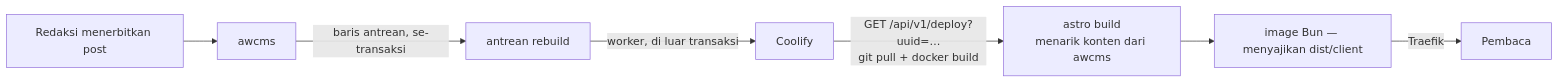
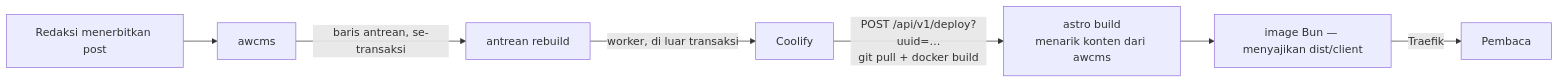
The diagram in docs/deploy-coolify.id.md (ahliweb/awcms-astro), drawn with Mermaid before and after one commit. The commit also changed other lines of this file and 3 other files, not shown here.

First line of the commit message:
fix(rebuild): trigger the Coolify deploy with POST

````diff
--- a/docs/deploy-coolify.id.md
+++ b/docs/deploy-coolify.id.md
@@ -20,9 +20,9 @@
 ```mermaid
 flowchart LR
   Redaksi["Redaksi menerbitkan post"] --> Awcms["awcms"]
   Awcms -->|"baris antrean, se-transaksi"| Antrean["antrean rebuild"]
   Antrean -->|"worker, di luar transaksi"| Coolify["Coolify"]
-  Coolify -->|"GET /api/v1/deploy?uuid=…<br/>git pull + docker build"| Build["astro build<br/>menarik konten dari awcms"]
+  Coolify -->|"POST /api/v1/deploy?uuid=…<br/>git pull + docker build"| Build["astro build<br/>menarik konten dari awcms"]
   Build --> Image["image Bun — menyajikan dist/client"]
   Image -->|"Traefik"| Pembaca["Pembaca"]
 ```
````
